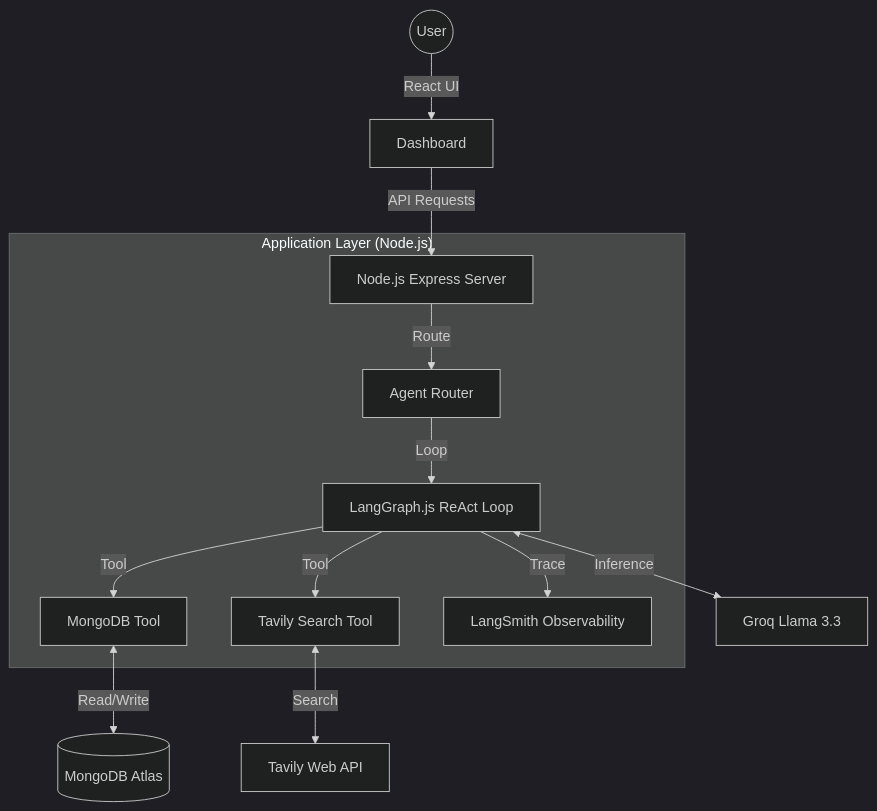
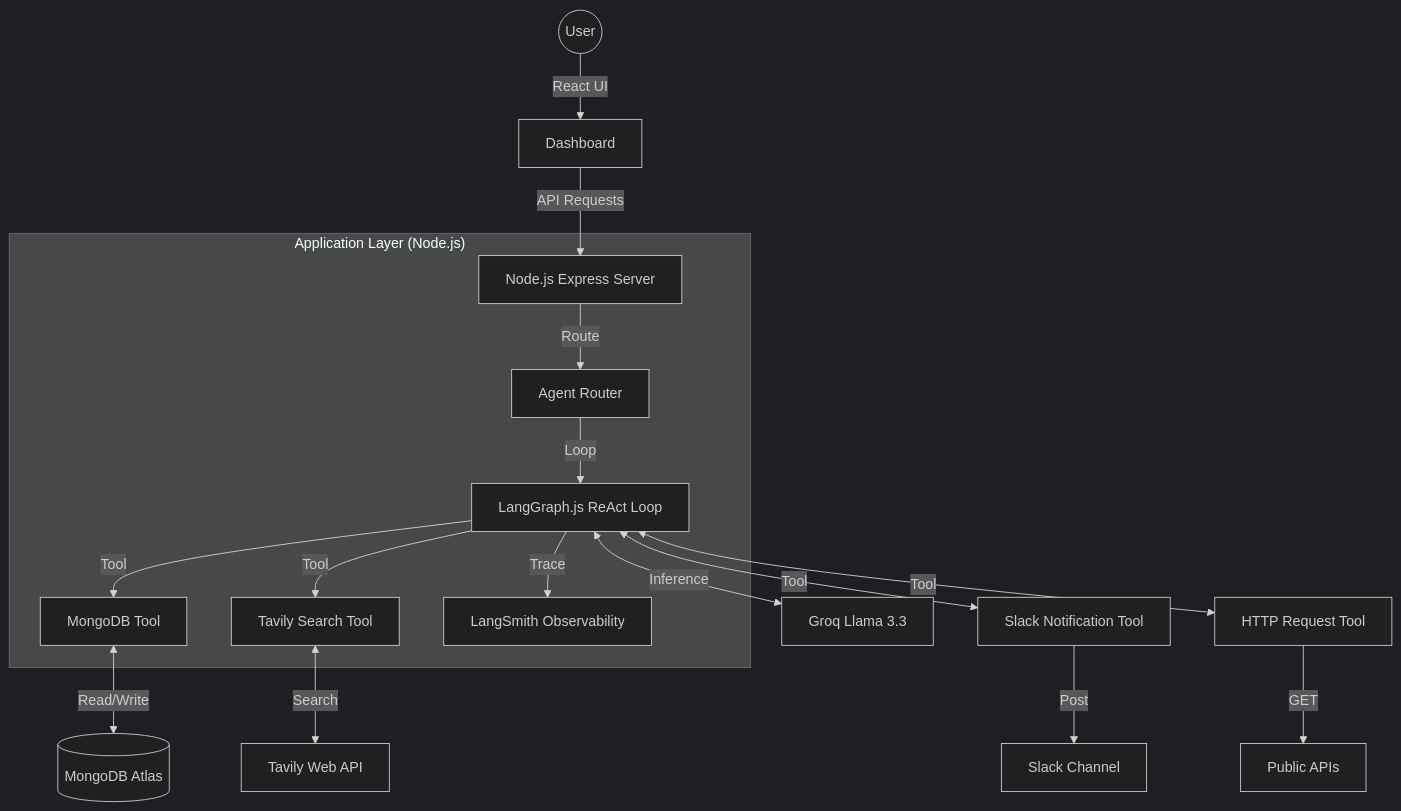
The diagram in README.md (Ravikiranreddybada/toolforge), drawn with Mermaid (dark theme) before and after one commit. The commit also changed other lines of this file, not shown here.

````diff
--- a/README.md
+++ b/README.md
@@ -71,17 +72,21 @@
 ```mermaid
 graph TD
     User((User)) -->|React UI| Dashboard[Dashboard]
     Dashboard -->|API Requests| Express[Node.js Express Server]
     
     subgraph "Application Layer (Node.js)"
       Express -->|Route| AgentRoute[Agent Router]
       AgentRoute -->|Loop| LangGraph[LangGraph.js ReAct Loop]
       LangGraph -->|Tool| MongoTool[MongoDB Tool]
       LangGraph -->|Tool| SearchTool[Tavily Search Tool]
       LangGraph -->|Trace| LangSmith[LangSmith Observability]
     end
     
     MongoTool <-->|Read/Write| MongoDB[(MongoDB Atlas)]
     SearchTool <-->|Search| Tavily[Tavily Web API]
+    SlackTool[Slack Notification Tool] -->|Post| Slack[Slack Channel]
+    HTTPTool[HTTP Request Tool] -->|GET| PublicAPI[Public APIs]
+    LangGraph <-->|Tool| SlackTool
+    LangGraph <-->|Tool| HTTPTool
     LangGraph <-->|Inference| Groq[Groq Llama 3.3]
 ```
````
